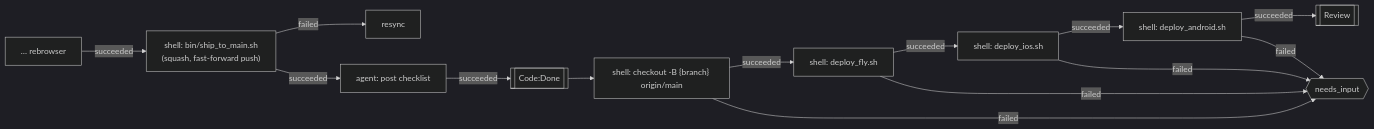
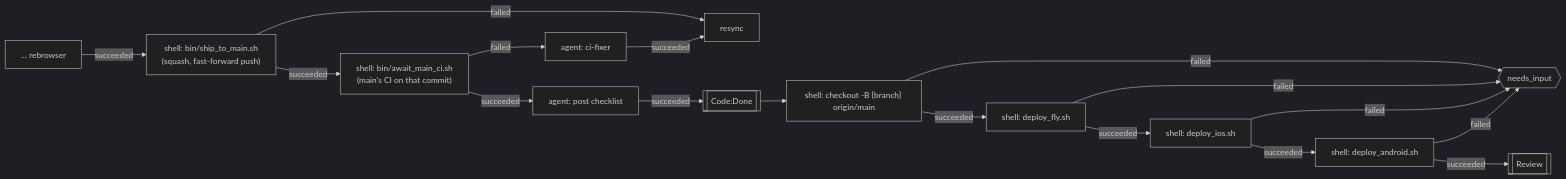
One commit to jeremylightsmith/relay changed the second of 2 diagrams in docs/architecture/runner.md. Above: the diagram before and after it, drawn with Mermaid (dark theme). The commit also changed other lines of this file and 5 other files, not shown here.

First line of the commit message:
Code flow waits for main's CI before leaving Code

````diff
--- a/docs/architecture/runner.md
+++ b/docs/architecture/runner.md
@@ -71,13 +71,16 @@
 ```mermaid
 flowchart LR
     rebrowser["… rebrowser"] -- succeeded --> merge["shell: bin/ship_to_main.sh<br/>(squash, fast-forward push)"]
     merge -- failed --> resync["resync"]
-    merge -- succeeded --> post["agent: post checklist"]
+    merge -- succeeded --> await_ci["shell: bin/await_main_ci.sh<br/>(main's CI on that commit)"]
+    await_ci -- succeeded --> post["agent: post checklist"]
+    await_ci -- failed --> github_fix["agent: ci-fixer"]
+    github_fix -- succeeded --> resync
     post -- succeeded --> codedone[["Code:Done"]]
     codedone --> checkout["shell: checkout -B {branch} origin/main"]
     checkout -- succeeded --> fly["shell: deploy_fly.sh"]
     fly -- succeeded --> ios["shell: deploy_ios.sh"]
     ios -- succeeded --> android["shell: deploy_android.sh"]
     android -- succeeded --> review[["Review"]]
     checkout & fly & ios & android -- failed --> human{{"needs_input"}}
 ```
````
